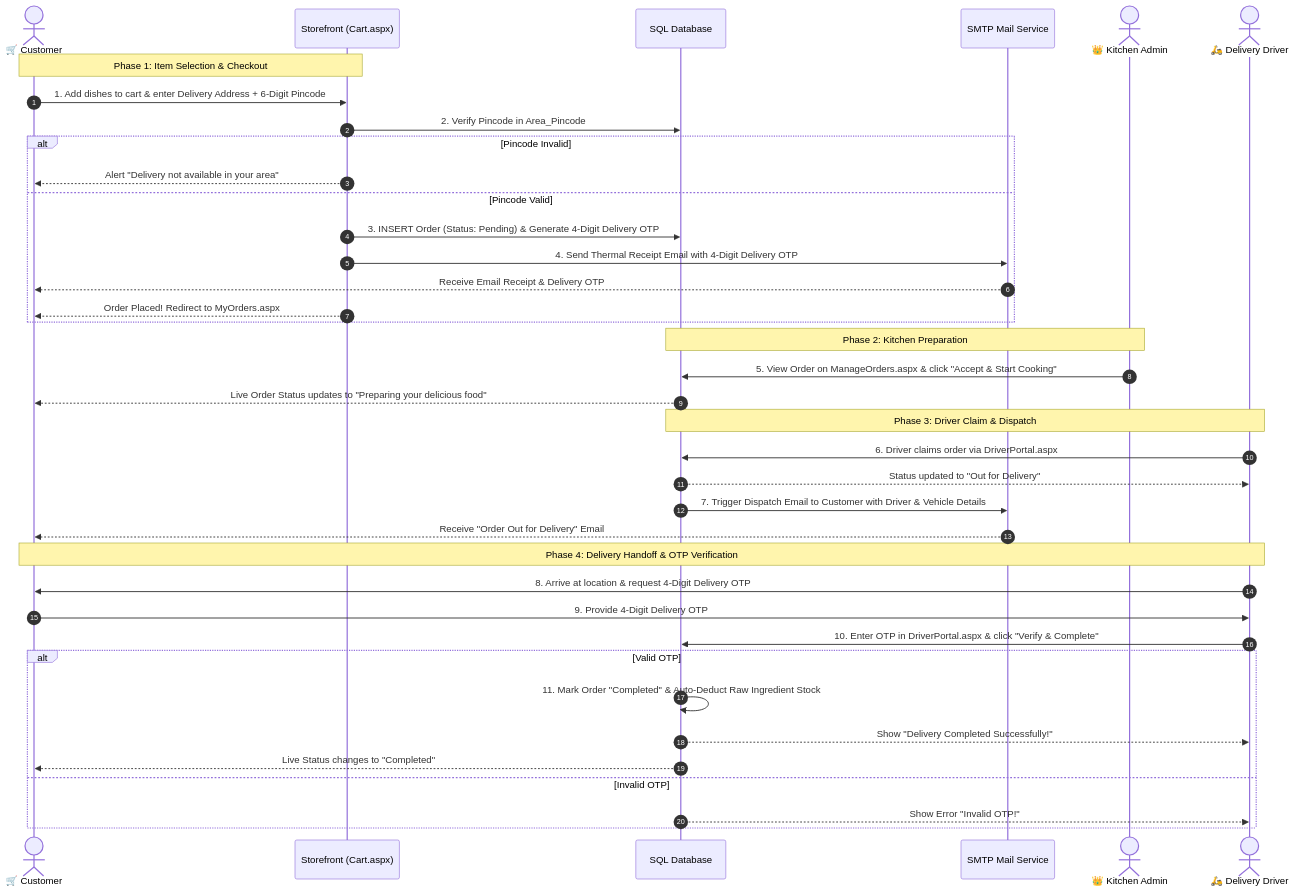
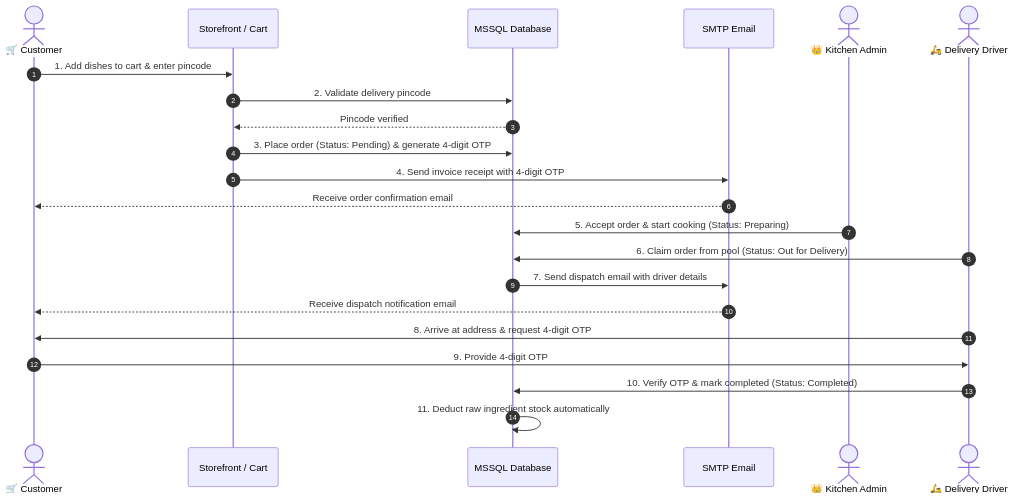
Before and after one commit to vinitsonii/Cloud-kitchen-management-system: the first of 3 diagrams in README.md, drawn with Mermaid. The commit also changed other lines of this file, not shown here.

````diff
--- a/README.md
+++ b/README.md
@@ -62,46 +52,28 @@
 ```mermaid
 sequenceDiagram
     autonumber
     actor Customer as 🛒 Customer
-    participant Front as Storefront (Cart.aspx)
-    participant DB as SQL Database
-    participant Email as SMTP Mail Service
+    participant Storefront as Storefront / Cart
+    participant DB as MSSQL Database
+    participant Email as SMTP Email
     actor Admin as 👑 Kitchen Admin
     actor Driver as 🛵 Delivery Driver
 
-    Note over Customer,Front: Phase 1: Item Selection & Checkout
-    Customer->>Front: 1. Add dishes to cart & enter Delivery Address + 6-Digit Pincode
-    Front->>DB: 2. Verify Pincode in Area_Pincode
+    Customer->>Storefront: 1. Add dishes to cart & enter pincode
+    Storefront->>DB: 2. Validate delivery pincode
+    DB-->>Storefront: Pincode verified
+    Storefront->>DB: 3. Place order (Status: Pending) & generate 4-digit OTP
+    Storefront->>Email: 4. Send invoice receipt with 4-digit OTP
+    Email-->>Customer: Receive order confirmation email
     
-    alt Pincode Invalid
-        Front-->>Customer: Alert "Delivery not available in your area"
-    else Pincode Valid
-        Front->>DB: 3. INSERT Order (Status: Pending) & Generate 4-Digit Delivery OTP
-        Front->>Email: 4. Send Thermal Receipt Email with 4-Digit Delivery OTP
-        Email-->>Customer: Receive Email Receipt & Delivery OTP
-        Front-->>Customer: Order Placed! Redirect to MyOrders.aspx
-    end
-
-    Note over Admin,DB: Phase 2: Kitchen Preparation
-    Admin->>DB: 5. View Order on ManageOrders.aspx & click "Accept & Start Cooking"
-    DB-->>Customer: Live Order Status updates to "Preparing your delicious food"
-
-    Note over Driver,DB: Phase 3: Driver Claim & Dispatch
-    Driver->>DB: 6. Driver claims order via DriverPortal.aspx
-    DB-->>Driver: Status updated to "Out for Delivery"
-    DB->>Email: 7. Trigger Dispatch Email to Customer with Driver & Vehicle Details
-    Email-->>Customer: Receive "Order Out for Delivery" Email
-
-    Note over Driver,Customer: Phase 4: Delivery Handoff & OTP Verification
-    Driver->>Customer: 8. Arrive at location & request 4-Digit Delivery OTP
-    Customer->>Driver: 9. Provide 4-Digit Delivery OTP
-    Driver->>DB: 10. Enter OTP in DriverPortal.aspx & click "Verify & Complete"
-
-    alt Valid OTP
-        DB->>DB: 11. Mark Order "Completed" & Auto-Deduct Raw Ingredient Stock
-        DB-->>Driver: Show "Delivery Completed Successfully!"
-        DB-->>Customer: Live Status changes to "Completed"
-    else Invalid OTP
-        DB-->>Driver: Show Error "Invalid OTP!"
-    end
+    Admin->>DB: 5. Accept order & start cooking (Status: Preparing)
+    
+    Driver->>DB: 6. Claim order from pool (Status: Out for Delivery)
+    DB->>Email: 7. Send dispatch email with driver details
+    Email-->>Customer: Receive dispatch notification email
+    
+    Driver->>Customer: 8. Arrive at address & request 4-digit OTP
+    Customer->>Driver: 9. Provide 4-digit OTP
+    Driver->>DB: 10. Verify OTP & mark completed (Status: Completed)
+    DB->>DB: 11. Deduct raw ingredient stock automatically
 ```
````
